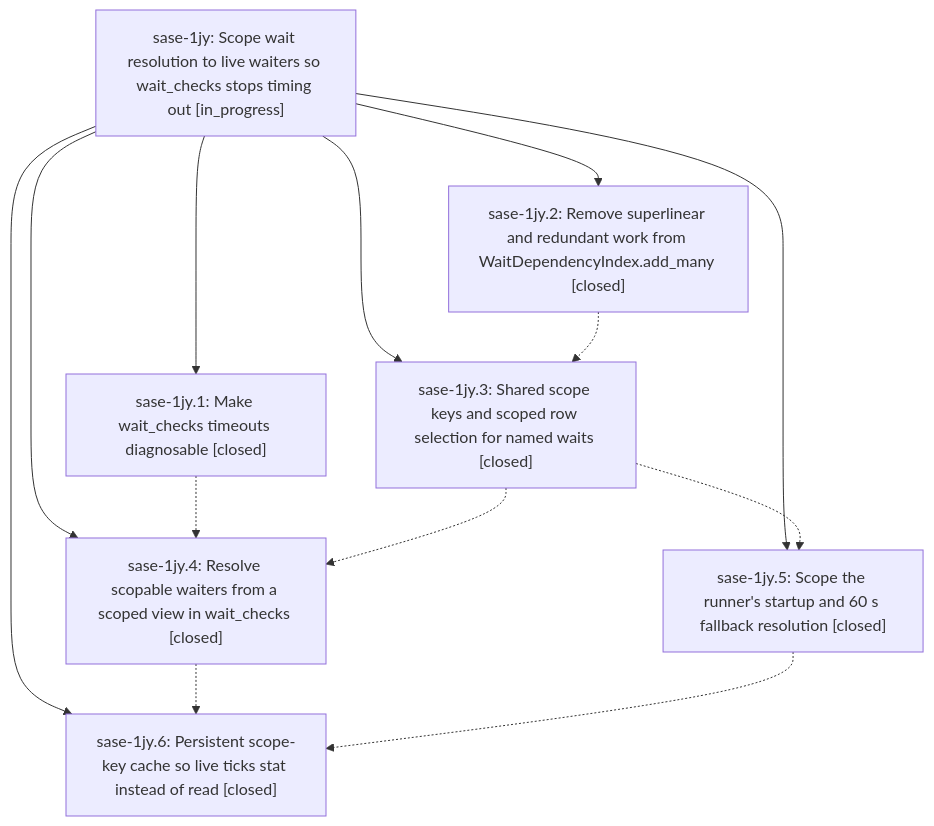
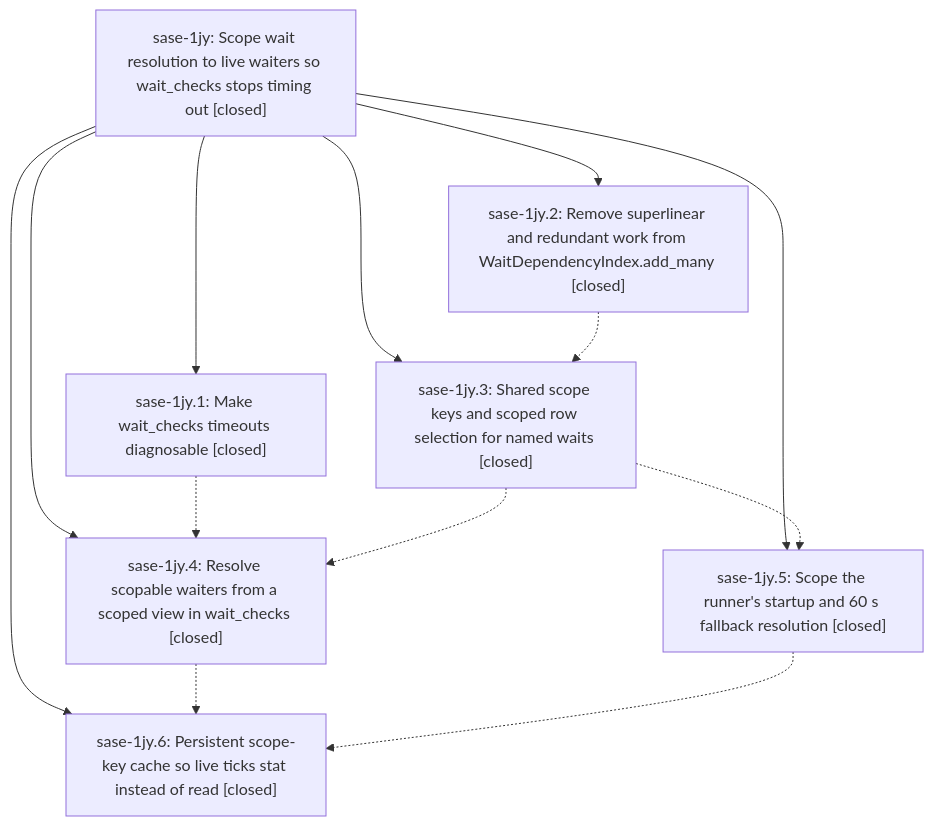
The diagram in pages/sase-1jy/README.md (sase-org/sase--beads), drawn with Mermaid before and after one commit. The commit also changed other lines of this file and 1 other file, not shown here.

First line of the commit message:
chore(beads): sync bead state and pages for sase-1jy

````diff
--- a/pages/sase-1jy/README.md
+++ b/pages/sase-1jy/README.md
@@ -41,22 +83,22 @@
 ```mermaid
 flowchart TD
-    n0["sase-1jy: Scope wait resolution to live waiters so wait_checks stops timing out [in_progress]"]
+    n0["sase-1jy: Scope wait resolution to live waiters so wait_checks stops timing out [closed]"]
     n1["sase-1jy.1: Make wait_checks timeouts diagnosable [closed]"]
     n2["sase-1jy.2: Remove superlinear and redundant work from WaitDependencyIndex.add_many [closed]"]
     n3["sase-1jy.3: Shared scope keys and scoped row selection for named waits [closed]"]
     n4["sase-1jy.4: Resolve scopable waiters from a scoped view in wait_checks [closed]"]
     n5["sase-1jy.5: Scope the runner's startup and 60 s fallback resolution [closed]"]
     n6["sase-1jy.6: Persistent scope-key cache so live ticks stat instead of read [closed]"]
     n0 --> n1
     n0 --> n2
     n0 --> n3
     n0 --> n4
     n0 --> n5
     n0 --> n6
     n1 -.-> n4
     n2 -.-> n3
     n3 -.-> n4
     n3 -.-> n5
     n4 -.-> n6
     n5 -.-> n6
 ```
````
